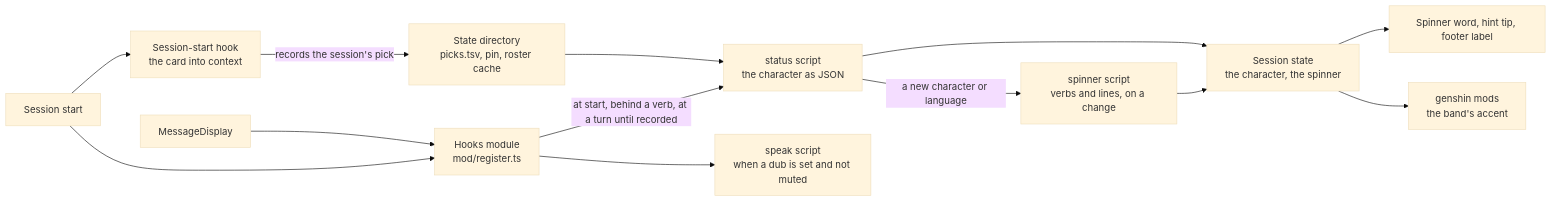
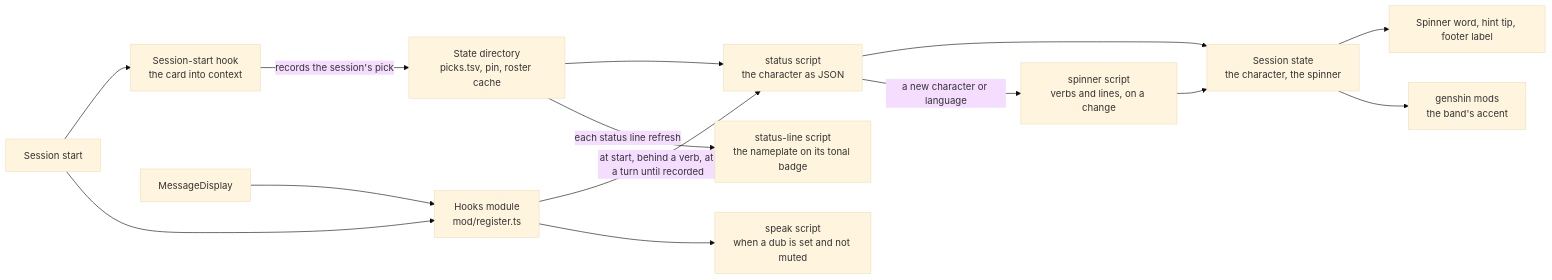
One commit to Esposter/Esposter changed the sixth of 6 diagrams in apps/web/content/docs/infra/claude-interface/persona-plugin.md. Above: the diagram before and after it, drawn with Mermaid (base theme). The commit also changed other lines of this file and 19 other files, not shown here.

First line of the commit message:
feat(genshin-persona): the nameplate returns as a status line a person names

````diff
--- a/apps/web/content/docs/infra/claude-interface/persona-plugin.md
+++ b/apps/web/content/docs/infra/claude-interface/persona-plugin.md
@@ -279,27 +281,29 @@
 ```mermaid
 flowchart LR
     Start["Session start"]
     Hook["Session-start hook<br/>the card into context"]
     Module["Hooks module<br/>mod/register.ts"]
     Status["status script<br/>the character as JSON"]
     SpinnerScript["spinner script<br/>verbs and lines, on a change"]
     Records["State directory<br/>picks.tsv, pin, roster cache"]
     State["Session state<br/>the character, the spinner"]
     Spinner["Spinner word, hint tip, footer label"]
     Mods["genshin mods<br/>the band's accent"]
+    StatusLine["status-line script<br/>the nameplate on its tonal badge"]
     Display["MessageDisplay"]
     Speak["speak script<br/>when a dub is set and not muted"]
 
     Start --> Hook
     Start --> Module
     Hook -->|records the session's pick| Records
     Module -->|at start, behind a verb, at a turn until recorded| Status
     Records --> Status
     Status --> State
     Status -->|a new character or language| SpinnerScript
     SpinnerScript --> State
     State --> Spinner
     State --> Mods
+    Records -->|each status line refresh| StatusLine
     Display --> Module
     Module --> Speak
 ```
````
